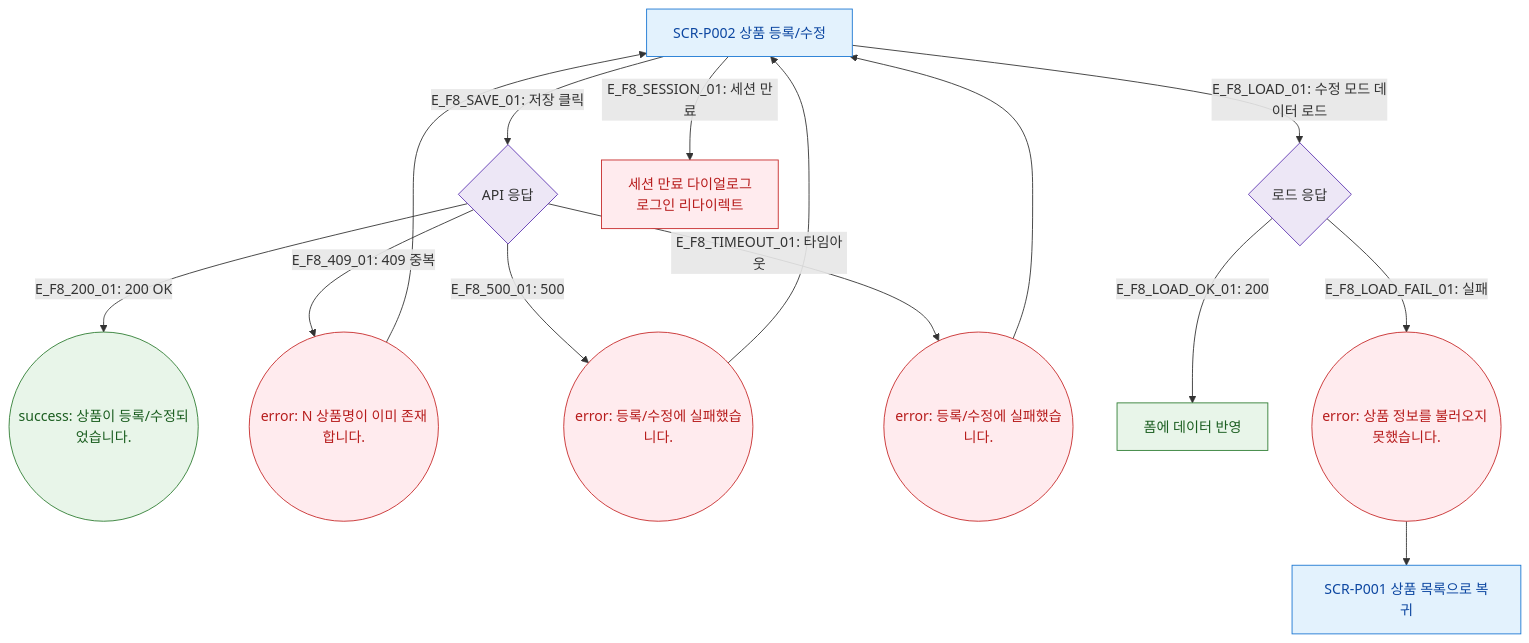
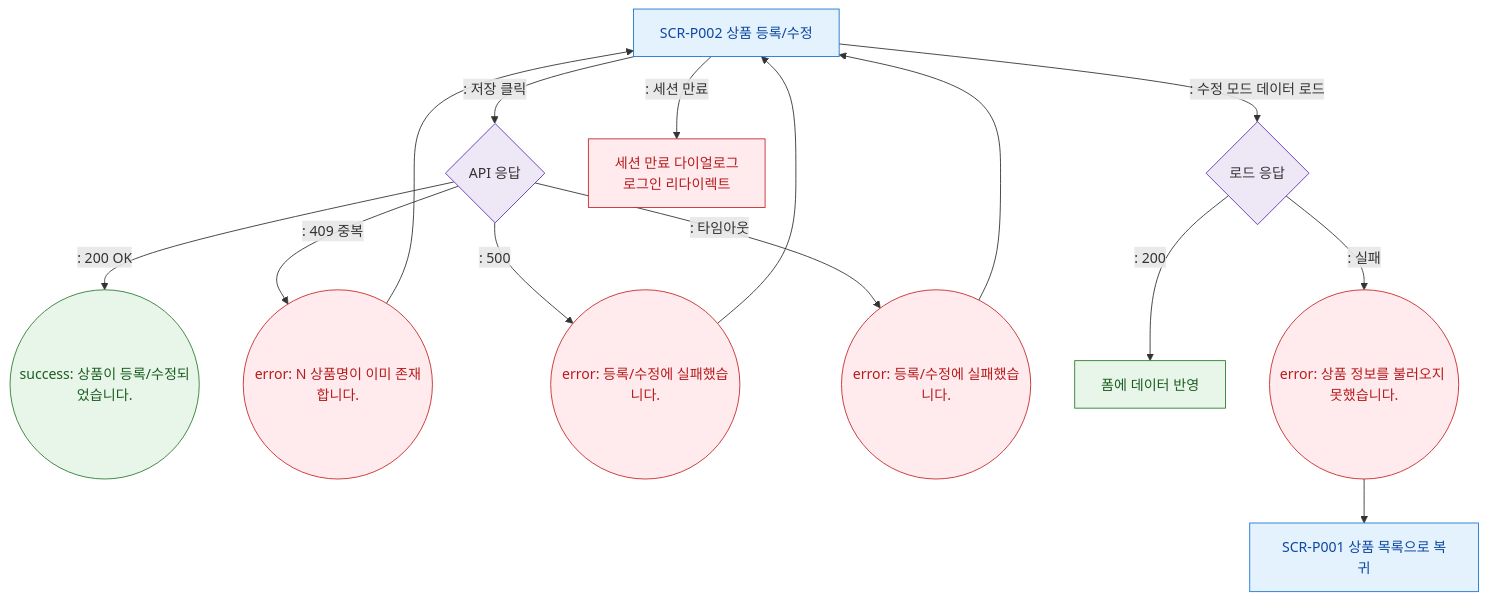
One commit to dev-spogym/admin-pando changed the diagram in docs/다이어그램/D05_상품관리/SCR-P002_상품등록수정_레거시/F8_에러예외복구.md. Above: the diagram before and after it, drawn with Mermaid. The commit also changed other lines of this file and 1660 other files, not shown here.

First line of the commit message:
다이어그램: 기획자/클라이언트 납품본으로 정리

````diff
--- a/docs/다이어그램/D05_상품관리/SCR-P002_상품등록수정_레거시/F8_에러예외복구.md
+++ b/docs/다이어그램/D05_상품관리/SCR-P002_상품등록수정_레거시/F8_에러예외복구.md
@@ -16,30 +14,30 @@
 ```mermaid
 flowchart TD
     SCR_P002[SCR-P002 상품 등록/수정]
 
-    SCR_P002 -->|"E_F8_SAVE_01: 저장 클릭"| SaveAPI{API 응답}
-    SaveAPI -->|"E_F8_200_01: 200 OK"| ToastOK((success: 상품이 등록/수정되었습니다.))
-    SaveAPI -->|"E_F8_409_01: 409 중복"| ErrDup((error: N 상품명이 이미 존재합니다.))
-    SaveAPI -->|"E_F8_500_01: 500"| ErrServer((error: 등록/수정에 실패했습니다.))
-    SaveAPI -->|"E_F8_TIMEOUT_01: 타임아웃"| ErrTimeout((error: 등록/수정에 실패했습니다.))
+    SCR_P002 -->|": 저장 클릭"|SaveAPI{API 응답}
+    SaveAPI -->|": 200 OK"|ToastOK((success: 상품이 등록/수정되었습니다.))
+    SaveAPI -->|": 409 중복"|ErrDup((error: N 상품명이 이미 존재합니다.))
+    SaveAPI -->|": 500"|ErrServer((error: 등록/수정에 실패했습니다.))
+    SaveAPI -->|": 타임아웃"|ErrTimeout((error: 등록/수정에 실패했습니다.))
 
     ErrDup --> SCR_P002
     ErrServer --> SCR_P002
     ErrTimeout --> SCR_P002
 
-    SCR_P002 -->|"E_F8_LOAD_01: 수정 모드 데이터 로드"| LoadAPI{로드 응답}
-    LoadAPI -->|"E_F8_LOAD_OK_01: 200"| LoadOK[폼에 데이터 반영]
-    LoadAPI -->|"E_F8_LOAD_FAIL_01: 실패"| ErrLoad((error: 상품 정보를 불러오지 못했습니다.))
+    SCR_P002 -->|": 수정 모드 데이터 로드"|LoadAPI{로드 응답}
+    LoadAPI -->|": 200"|LoadOK[폼에 데이터 반영]
+    LoadAPI -->|": 실패"|ErrLoad((error: 상품 정보를 불러오지 못했습니다.))
     ErrLoad --> SCR_P001[SCR-P001 상품 목록으로 복귀]
 
-    SCR_P002 -->|"E_F8_SESSION_01: 세션 만료"| SessionExp[세션 만료 다이얼로그\n로그인 리다이렉트]
+    SCR_P002 -->|": 세션 만료"|SessionExp[세션 만료 다이얼로그\n로그인 리다이렉트]
 
     classDef screen fill:#E3F2FD,stroke:#1976D2,color:#0D47A1
     classDef error fill:#FFEBEE,stroke:#C62828,color:#B71C1C
     classDef success fill:#E8F5E9,stroke:#2E7D32,color:#1B5E20
     classDef system fill:#EDE7F6,stroke:#5E35B2
     class SCR_P002,SCR_P001 screen
     class ErrDup,ErrServer,ErrTimeout,ErrLoad,SessionExp error
     class ToastOK,LoadOK success
     class SaveAPI,LoadAPI system
 ```
````
